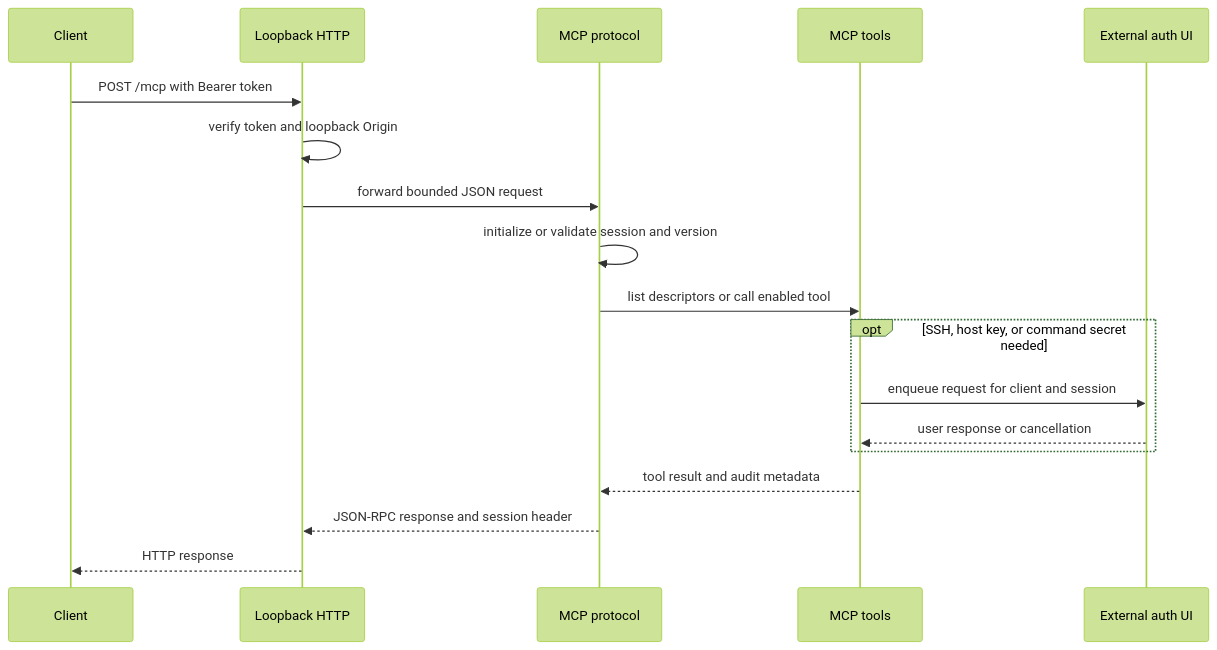
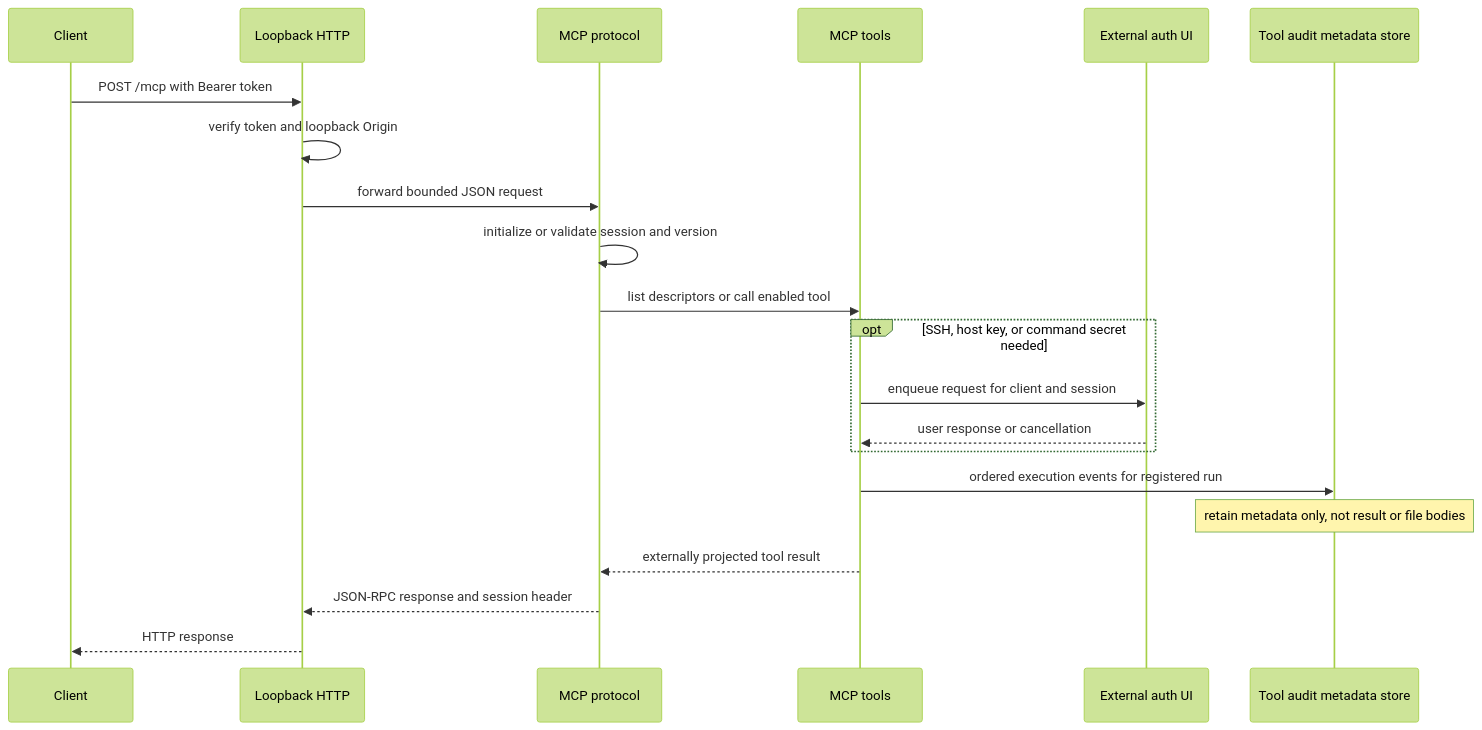
Before and after one commit to AkinoKaede/Termind: the third of 7 diagrams in openwiki/integrations/mcp-server-and-bridge.md, drawn with Mermaid (forest theme). The commit also changed other lines of this file and 68 other files, not shown here.

````diff
--- a/openwiki/integrations/mcp-server-and-bridge.md
+++ b/openwiki/integrations/mcp-server-and-bridge.md
@@ -204,20 +210,23 @@
 ```mermaid
 sequenceDiagram
     participant Client
     participant HTTP as Loopback HTTP
     participant Protocol as MCP protocol
     participant Tools as MCP tools
     participant Auth as External auth UI
+    participant Audit as Tool audit metadata store
     Client->>HTTP: POST /mcp with Bearer token
     HTTP->>HTTP: verify token and loopback Origin
     HTTP->>Protocol: forward bounded JSON request
     Protocol->>Protocol: initialize or validate session and version
     Protocol->>Tools: list descriptors or call enabled tool
     opt SSH, host key, or command secret needed
         Tools->>Auth: enqueue request for client and session
         Auth-->>Tools: user response or cancellation
     end
-    Tools-->>Protocol: tool result and audit metadata
+    Tools->>Audit: ordered execution events for registered run
+    Note over Audit: retain metadata only, not result or file bodies
+    Tools-->>Protocol: externally projected tool result
     Protocol-->>HTTP: JSON-RPC response and session header
     HTTP-->>Client: HTTP response
 ```
````
